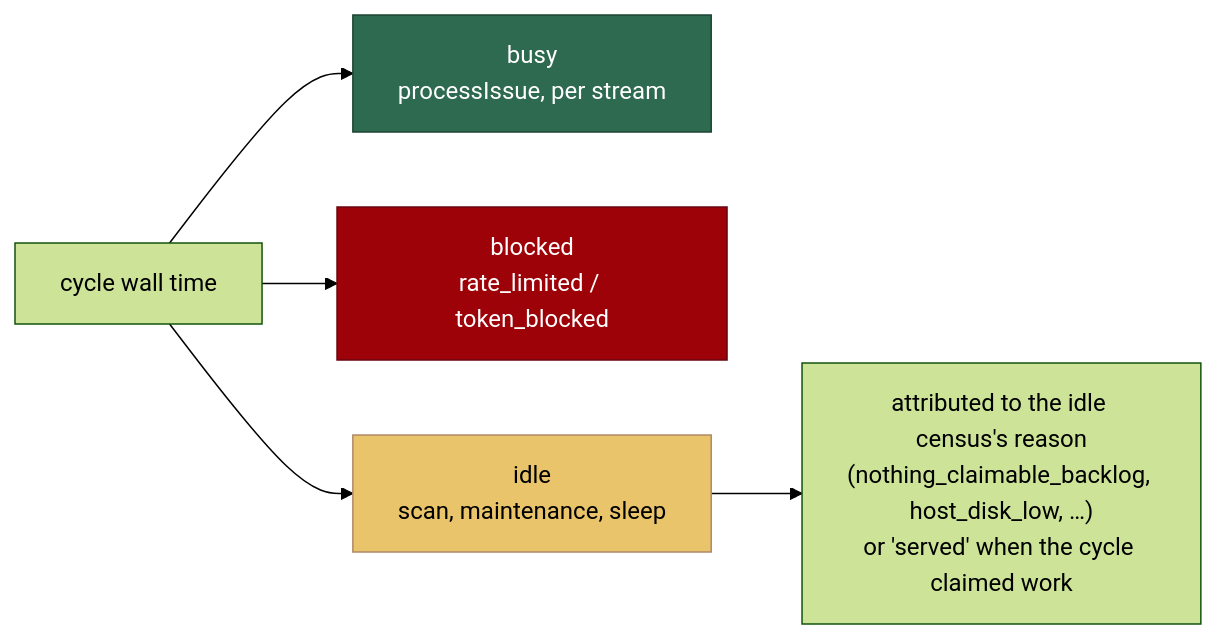
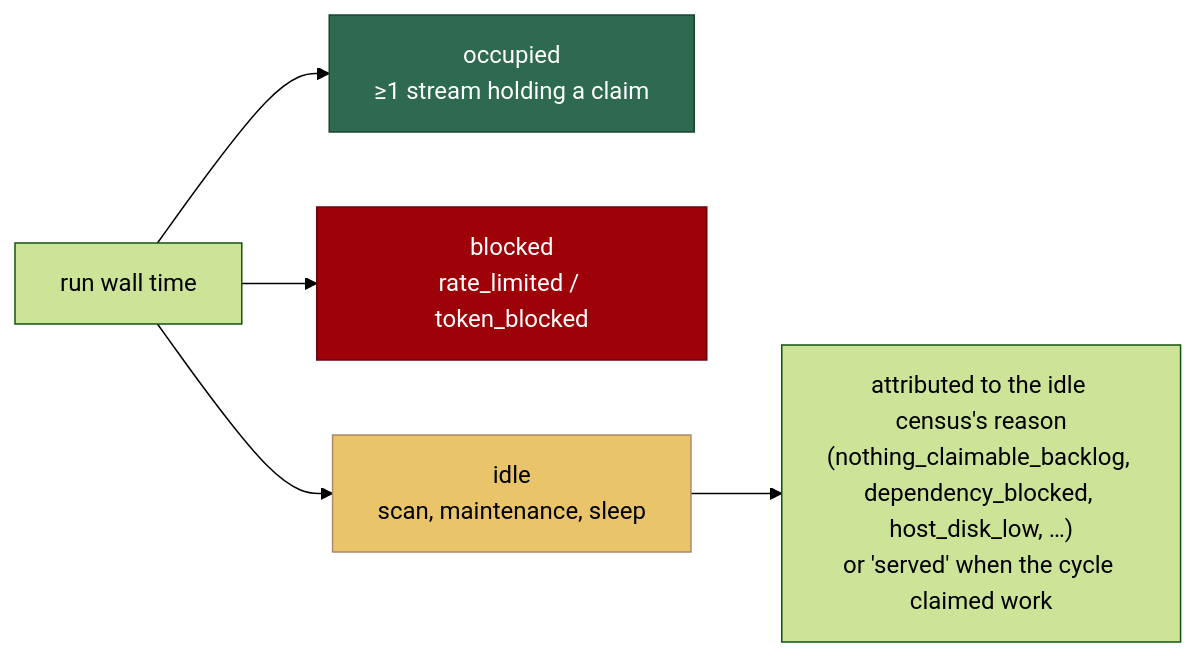
Before and after one commit to stSoftwareAU/VibeCoder: the eighth of 25 diagrams in docs/INTERNALS.md, drawn with Mermaid (forest theme). The commit also changed other lines of this file and 9 other files, not shown here.

````diff
--- a/docs/INTERNALS.md
+++ b/docs/INTERNALS.md
@@ -769,10 +771,10 @@
 ```mermaid
 flowchart LR
-    W["cycle wall time"] --> B["busy<br/>processIssue, per stream"]
+    W["run wall time"] --> O["occupied<br/>≥1 stream holding a claim"]
     W --> K["blocked<br/>rate_limited / token_blocked"]
     W --> I["idle<br/>scan, maintenance, sleep"]
-    I --> R["attributed to the idle census's reason<br/>(nothing_claimable_backlog, host_disk_low, …)<br/>or 'served' when the cycle claimed work"]
-    style B fill:#2d6a4f,stroke:#1b4332,color:#fff
+    I --> R["attributed to the idle census's reason<br/>(nothing_claimable_backlog, dependency_blocked, host_disk_low, …)<br/>or 'served' when the cycle claimed work"]
+    style O fill:#2d6a4f,stroke:#1b4332,color:#fff
     style K fill:#9d0208,stroke:#6a040f,color:#fff
     style I fill:#e9c46a,stroke:#b08968,color:#000
 ```
````
